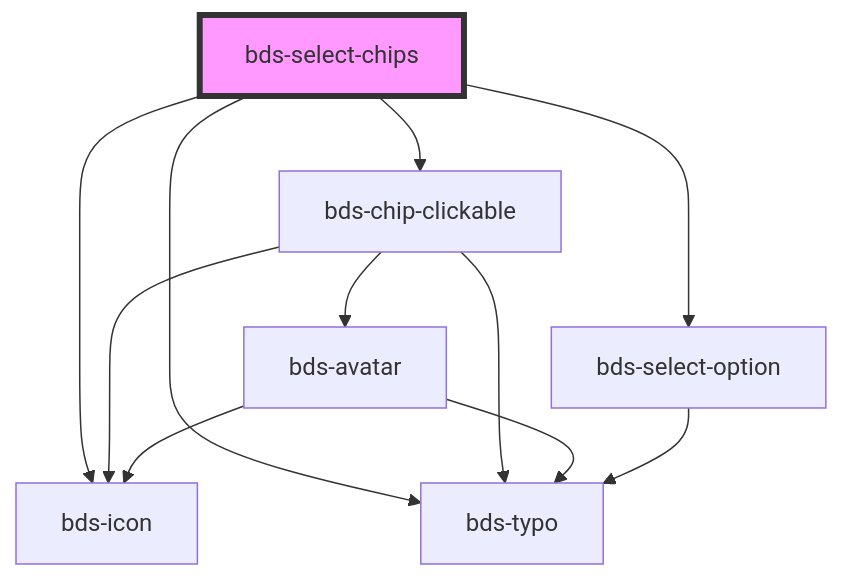
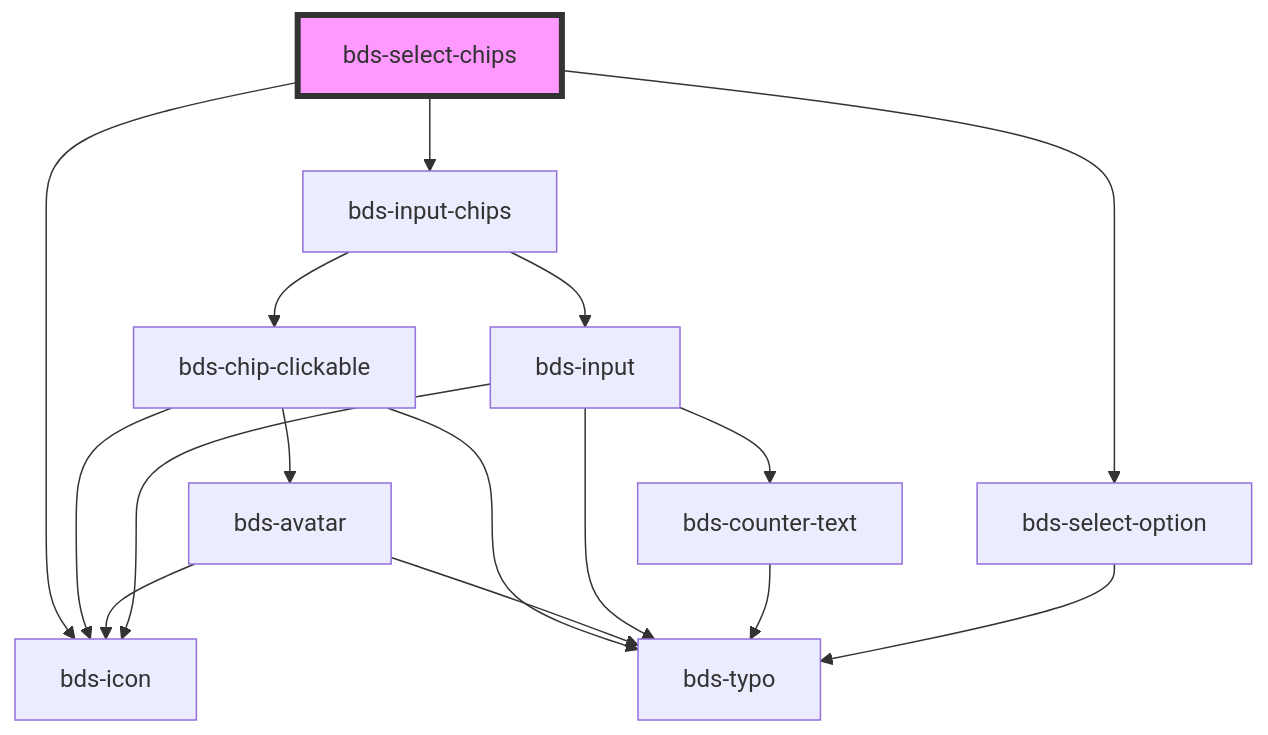
Before and after one commit to takenet/blip-ds: the diagram in src/components/selects/select-chips/readme.md, drawn with Mermaid. The commit also changed other lines of this file and 26 other files, not shown here.

````diff
--- a/src/components/selects/select-chips/readme.md
+++ b/src/components/selects/select-chips/readme.md
@@ -127,14 +70,19 @@
 ```mermaid
 graph TD;
-  bds-select-chips --> bds-chip-clickable
+  bds-select-chips --> bds-input-chips
   bds-select-chips --> bds-icon
-  bds-select-chips --> bds-typo
   bds-select-chips --> bds-select-option
+  bds-input-chips --> bds-chip-clickable
+  bds-input-chips --> bds-input
   bds-chip-clickable --> bds-icon
   bds-chip-clickable --> bds-avatar
   bds-chip-clickable --> bds-typo
   bds-avatar --> bds-typo
   bds-avatar --> bds-icon
+  bds-input --> bds-icon
+  bds-input --> bds-typo
+  bds-input --> bds-counter-text
+  bds-counter-text --> bds-typo
   bds-select-option --> bds-typo
   style bds-select-chips fill:#f9f,stroke:#333,stroke-width:4px
 ```
````
